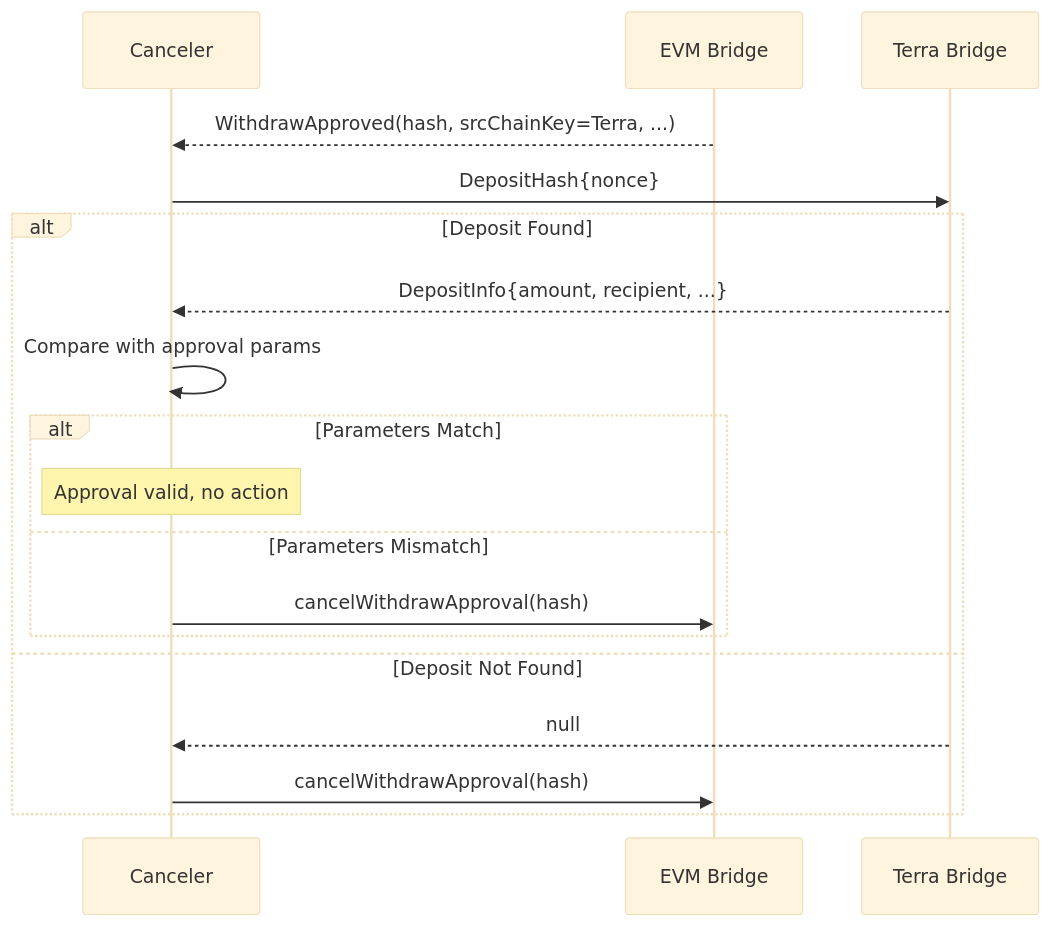
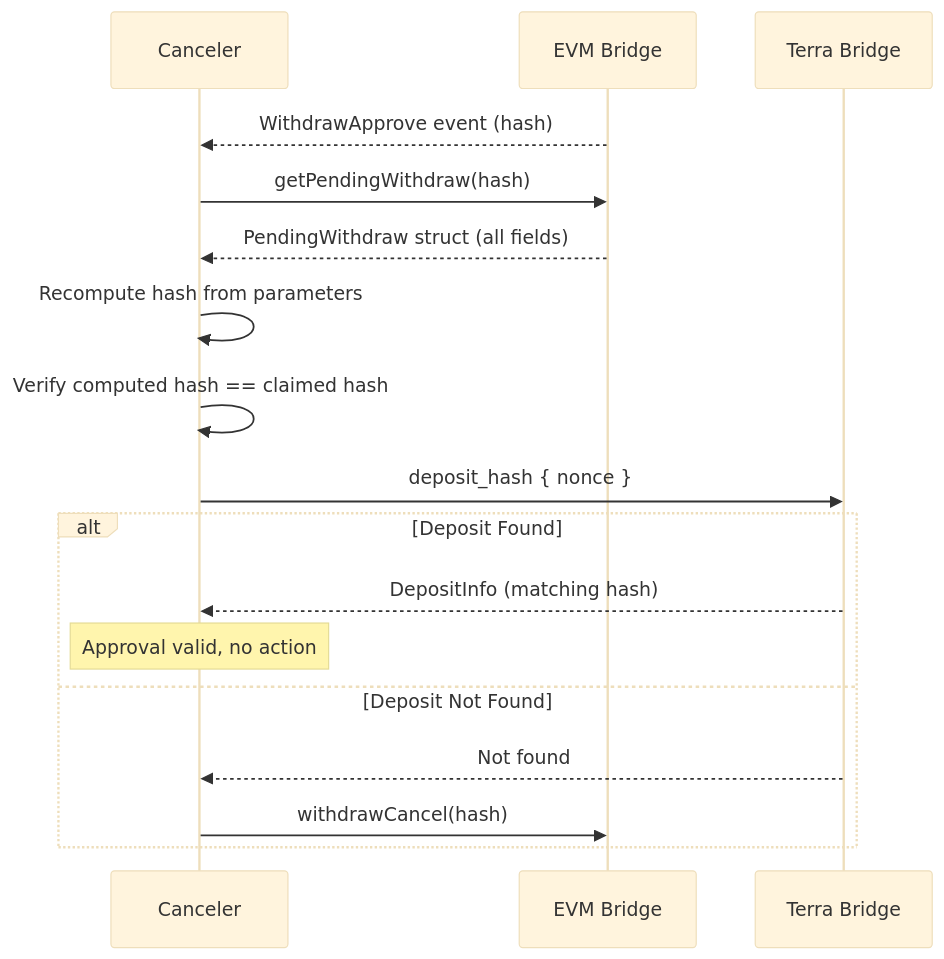
Before and after one commit to PlasticDigits/cl8y-bridge-monorepo: the third of 3 diagrams in docs/crosschain-parity.md, drawn with Mermaid (base theme). The commit also changed other lines of this file and 86 other files, not shown here.

````diff
--- a/docs/crosschain-parity.md
+++ b/docs/crosschain-parity.md
@@ -334,24 +380,22 @@
 ```mermaid
 sequenceDiagram
     participant Canceler
     participant EVM as EVM Bridge
     participant Terra as Terra Bridge
-    
-    EVM-->>Canceler: WithdrawApproved(hash, srcChainKey=Terra, ...)
-    
-    Canceler->>Terra: DepositHash{nonce}
-    
+
+    EVM-->>Canceler: WithdrawApprove event (hash)
+    Canceler->>EVM: getPendingWithdraw(hash)
+    EVM-->>Canceler: PendingWithdraw struct (all fields)
+    Canceler->>Canceler: Recompute hash from parameters
+    Canceler->>Canceler: Verify computed hash == claimed hash
+
+    Canceler->>Terra: deposit_hash { nonce }
+
     alt Deposit Found
-        Terra-->>Canceler: DepositInfo{amount, recipient, ...}
-        Canceler->>Canceler: Compare with approval params
-        
-        alt Parameters Match
-            Note over Canceler: Approval valid, no action
-        else Parameters Mismatch
-            Canceler->>EVM: cancelWithdrawApproval(hash)
-        end
+        Terra-->>Canceler: DepositInfo (matching hash)
+        Note over Canceler: Approval valid, no action
     else Deposit Not Found
-        Terra-->>Canceler: null
-        Canceler->>EVM: cancelWithdrawApproval(hash)
+        Terra-->>Canceler: Not found
+        Canceler->>EVM: withdrawCancel(hash)
     end
 ```
````
